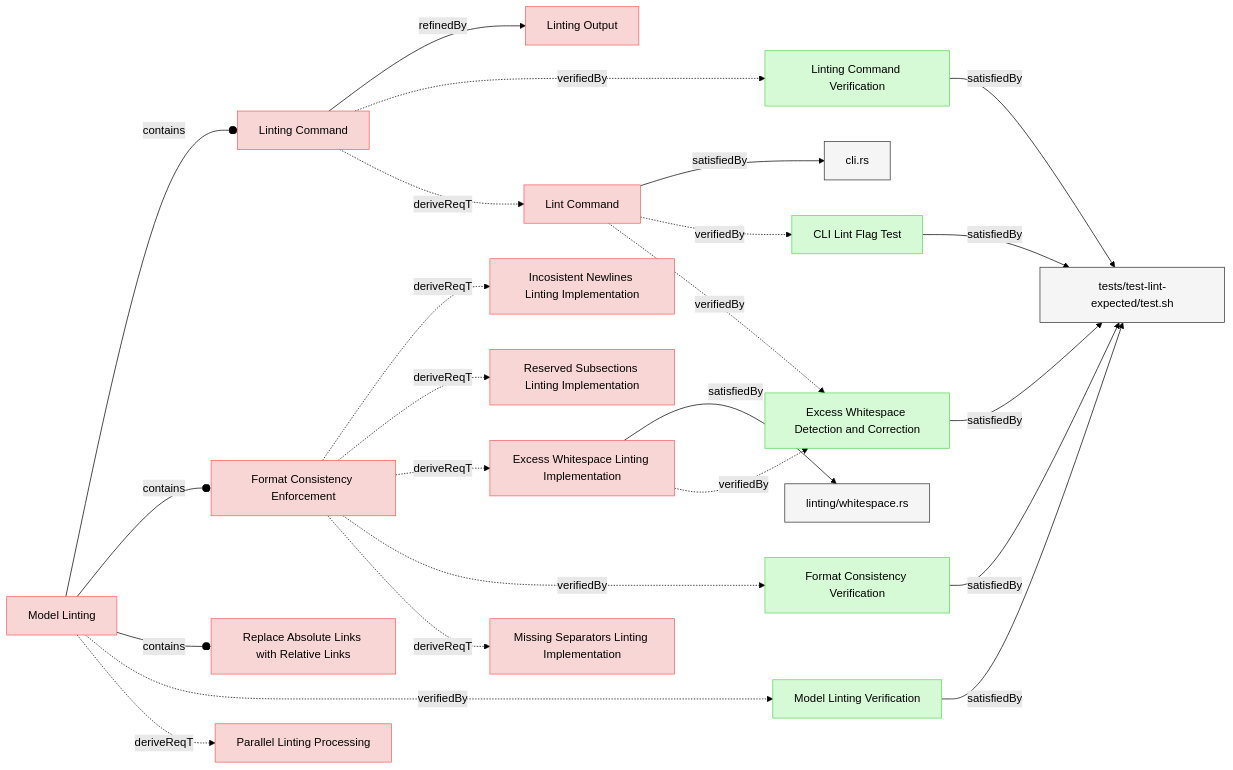
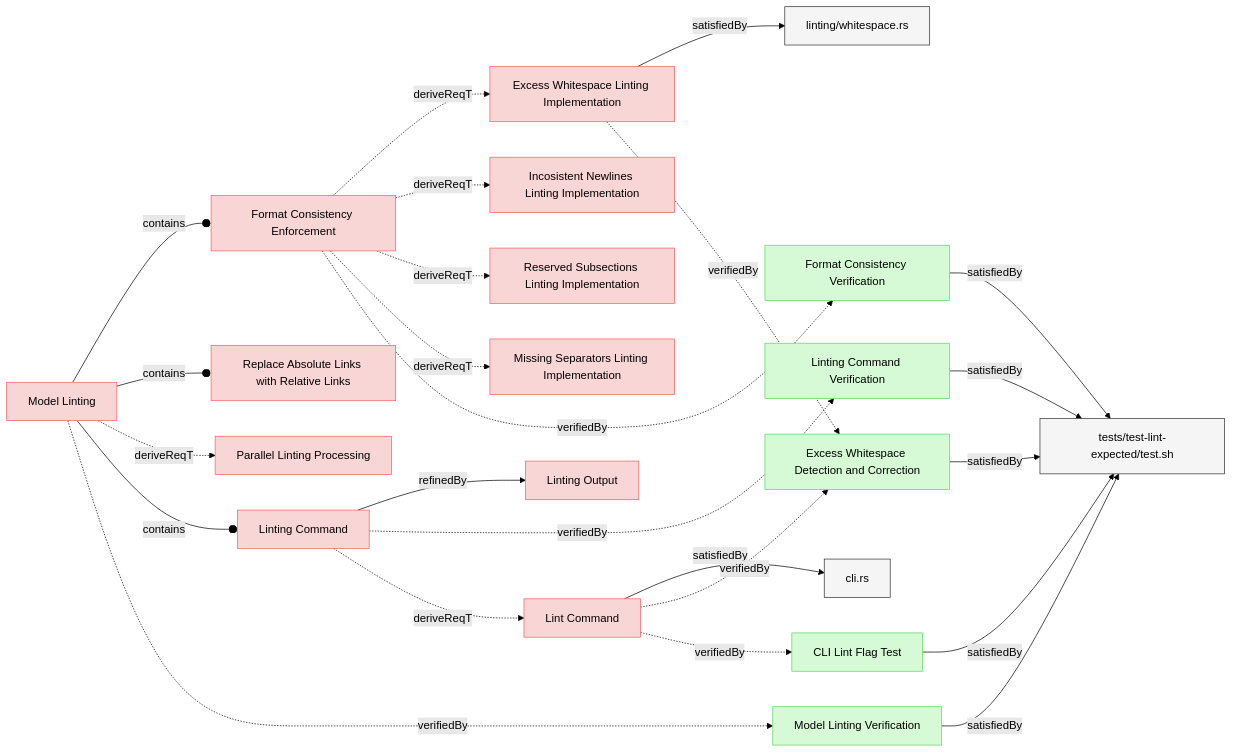
The first of 3 diagrams in specifications/Verifications/LintingTests.md (reqvire-org/reqvire), drawn with Mermaid (forest theme) before and after one commit. The commit also changed other lines of this file and 64 other files, not shown here.

````diff
--- a/specifications/Verifications/LintingTests.md
+++ b/specifications/Verifications/LintingTests.md
@@ -12,6 +12,34 @@
   classDef externalLink fill:#d0e0ff,stroke:#3080ff,stroke-width:1px;
   classDef default fill:#f5f5f5,stroke:#333333,stroke-width:1px;
 
+  a8037b2df81f02be["Linting Command Verification"];
+  class a8037b2df81f02be verification;
+  click a8037b2df81f02be "LintingTests.md#linting-command-verification";
+  a606311f33e42901["tests/test-lint-expected/test.sh"];
+  class a606311f33e42901 default;
+  click a606311f33e42901 "../../tests/test-lint-expected/test.sh";
+  a8037b2df81f02be -->|satisfiedBy| a606311f33e42901;
+  37dbb69e504fec9d["Excess Whitespace Detection and Correction"];
+  class 37dbb69e504fec9d verification;
+  click 37dbb69e504fec9d "LintingTests.md#excess-whitespace-detection-and-correction";
+  a606311f33e42901["tests/test-lint-expected/test.sh"];
+  class a606311f33e42901 default;
+  click a606311f33e42901 "../../tests/test-lint-expected/test.sh";
+  37dbb69e504fec9d -->|satisfiedBy| a606311f33e42901;
+  b8bfbd5ccf026b31["Format Consistency Verification"];
+  class b8bfbd5ccf026b31 verification;
+  click b8bfbd5ccf026b31 "LintingTests.md#format-consistency-verification";
+  a606311f33e42901["tests/test-lint-expected/test.sh"];
+  class a606311f33e42901 default;
+  click a606311f33e42901 "../../tests/test-lint-expected/test.sh";
+  b8bfbd5ccf026b31 -->|satisfiedBy| a606311f33e42901;
+  6481e4ca8c4d6920["Model Linting Verification"];
+  class 6481e4ca8c4d6920 verification;
+  click 6481e4ca8c4d6920 "LintingTests.md#model-linting-verification";
+  a606311f33e42901["tests/test-lint-expected/test.sh"];
+  class a606311f33e42901 default;
+  click a606311f33e42901 "../../tests/test-lint-expected/test.sh";
+  6481e4ca8c4d6920 -->|satisfiedBy| a606311f33e42901;
   706dca24b7cc1eb8["CLI Lint Flag Test"];
   class 706dca24b7cc1eb8 verification;
   click 706dca24b7cc1eb8 "LintingTests.md#cli-lint-flag-test";
@@ -19,34 +47,31 @@
   class a606311f33e42901 default;
   click a606311f33e42901 "../../tests/test-lint-expected/test.sh";
   706dca24b7cc1eb8 -->|satisfiedBy| a606311f33e42901;
-  a8037b2df81f02be["Linting Command Verification"];
-  class a8037b2df81f02be verification;
-  click a8037b2df81f02be "LintingTests.md#linting-command-verification";
-  a606311f33e42901["tests/test-lint-expected/test.sh"];
-  class a606311f33e42901 default;
-  click a606311f33e42901 "../../tests/test-lint-expected/test.sh";
-  a8037b2df81f02be -->|satisfiedBy| a606311f33e42901;
-  b8bfbd5ccf026b31["Format Consistency Verification"];
-  class b8bfbd5ccf026b31 verification;
-  click b8bfbd5ccf026b31 "LintingTests.md#format-consistency-verification";
-  a606311f33e42901["tests/test-lint-expected/test.sh"];
-  class a606311f33e42901 default;
-  click a606311f33e42901 "../../tests/test-lint-expected/test.sh";
-  b8bfbd5ccf026b31 -->|satisfiedBy| a606311f33e42901;
-  37dbb69e504fec9d["Excess Whitespace Detection and Correction"];
-  class 37dbb69e504fec9d verification;
-  click 37dbb69e504fec9d "LintingTests.md#excess-whitespace-detection-and-correction";
-  a606311f33e42901["tests/test-lint-expected/test.sh"];
-  class a606311f33e42901 default;
-  click a606311f33e42901 "../../tests/test-lint-expected/test.sh";
-  37dbb69e504fec9d -->|satisfiedBy| a606311f33e42901;
-  6481e4ca8c4d6920["Model Linting Verification"];
-  class 6481e4ca8c4d6920 verification;
-  click 6481e4ca8c4d6920 "LintingTests.md#model-linting-verification";
-  a606311f33e42901["tests/test-lint-expected/test.sh"];
-  class a606311f33e42901 default;
-  click a606311f33e42901 "../../tests/test-lint-expected/test.sh";
-  6481e4ca8c4d6920 -->|satisfiedBy| a606311f33e42901;
+  9f473f6e0b993cac["Excess Whitespace Linting Implementation"];
+  class 9f473f6e0b993cac requirement;
+  click 9f473f6e0b993cac "../SystemRequirements/Requirements.md#excess-whitespace-linting-implementation";
+  63a0f5a33e87fcee["linting/whitespace.rs"];
+  class 63a0f5a33e87fcee default;
+  click 63a0f5a33e87fcee "../../core/src/linting/whitespace.rs";
+  9f473f6e0b993cac -->|satisfiedBy| 63a0f5a33e87fcee;
+  9f473f6e0b993cac -.->|verifiedBy| 37dbb69e504fec9d;
+  974ccf933675ef44["Format Consistency Enforcement"];
+  class 974ccf933675ef44 requirement;
+  click 974ccf933675ef44 "../UserRequirements.md#format-consistency-enforcement";
+  974ccf933675ef44 -.->|deriveReqT| 9f473f6e0b993cac;
+  7d44a9de72f2ed11["Incosistent Newlines Linting Implementation"];
+  class 7d44a9de72f2ed11 requirement;
+  click 7d44a9de72f2ed11 "../SystemRequirements/Requirements.md#incosistent-newlines-linting-implementation";
+  974ccf933675ef44 -.->|deriveReqT| 7d44a9de72f2ed11;
+  a7bd845c64d1685e["Reserved Subsections Linting Implementation"];
+  class a7bd845c64d1685e requirement;
+  click a7bd845c64d1685e "../SystemRequirements/Requirements.md#reserved-subsections-linting-implementation";
+  974ccf933675ef44 -.->|deriveReqT| a7bd845c64d1685e;
+  719bf8b75772947d["Missing Separators Linting Implementation"];
+  class 719bf8b75772947d requirement;
+  click 719bf8b75772947d "../SystemRequirements/Requirements.md#missing-separators-linting-implementation";
+  974ccf933675ef44 -.->|deriveReqT| 719bf8b75772947d;
+  974ccf933675ef44 -.->|verifiedBy| b8bfbd5ccf026b31;
   a51179cda67cf9f2["Linting Command"];
   class a51179cda67cf9f2 requirement;
   click a51179cda67cf9f2 "../UserRequirements.md#linting-command";
@@ -59,49 +84,24 @@
   class deaec107945edbed requirement;
   click deaec107945edbed "../SystemRequirements/Requirements.md#lint-command";
   a51179cda67cf9f2 -.->|deriveReqT| deaec107945edbed;
-  974ccf933675ef44["Format Consistency Enforcement"];
-  class 974ccf933675ef44 requirement;
-  click 974ccf933675ef44 "../UserRequirements.md#format-consistency-enforcement";
-  7d44a9de72f2ed11["Incosistent Newlines Linting Implementation"];
-  class 7d44a9de72f2ed11 requirement;
-  click 7d44a9de72f2ed11 "../SystemRequirements/Requirements.md#incosistent-newlines-linting-implementation";
-  974ccf933675ef44 -.->|deriveReqT| 7d44a9de72f2ed11;
-  a7bd845c64d1685e["Reserved Subsections Linting Implementation"];
-  class a7bd845c64d1685e requirement;
-  click a7bd845c64d1685e "../SystemRequirements/Requirements.md#reserved-subsections-linting-implementation";
-  974ccf933675ef44 -.->|deriveReqT| a7bd845c64d1685e;
-  9f473f6e0b993cac["Excess Whitespace Linting Implementation"];
-  class 9f473f6e0b993cac requirement;
-  click 9f473f6e0b993cac "../SystemRequirements/Requirements.md#excess-whitespace-linting-implementation";
-  974ccf933675ef44 -.->|deriveReqT| 9f473f6e0b993cac;
-  974ccf933675ef44 -.->|verifiedBy| b8bfbd5ccf026b31;
-  719bf8b75772947d["Missing Separators Linting Implementation"];
-  class 719bf8b75772947d requirement;
-  click 719bf8b75772947d "../SystemRequirements/Requirements.md#missing-separators-linting-implementation";
-  974ccf933675ef44 -.->|deriveReqT| 719bf8b75772947d;
-  63a0f5a33e87fcee["linting/whitespace.rs"];
-  class 63a0f5a33e87fcee default;
-  click 63a0f5a33e87fcee "../../core/src/linting/whitespace.rs";
-  9f473f6e0b993cac -->|satisfiedBy| 63a0f5a33e87fcee;
-  9f473f6e0b993cac -.->|verifiedBy| 37dbb69e504fec9d;
-  80defdd4cbc7ee18["cli.rs"];
-  class 80defdd4cbc7ee18 default;
-  click 80defdd4cbc7ee18 "../../cli/src/cli.rs";
-  deaec107945edbed -->|satisfiedBy| 80defdd4cbc7ee18;
-  deaec107945edbed -.->|verifiedBy| 706dca24b7cc1eb8;
-  deaec107945edbed -.->|verifiedBy| 37dbb69e504fec9d;
   7305c1d6f7f1e2b2["Model Linting"];
   class 7305c1d6f7f1e2b2 requirement;
   click 7305c1d6f7f1e2b2 "../UserRequirements.md#model-linting";
-  7305c1d6f7f1e2b2 --o|contains| a51179cda67cf9f2;
   7305c1d6f7f1e2b2 --o|contains| 974ccf933675ef44;
   8dfe33c28555e80a["Replace Absolute Links with Relative Links"];
   class 8dfe33c28555e80a requirement;
   click 8dfe33c28555e80a "../UserRequirements.md#replace-absolute-links-with-relative-links";
   7305c1d6f7f1e2b2 --o|contains| 8dfe33c28555e80a;
-  7305c1d6f7f1e2b2 -.->|verifiedBy| 6481e4ca8c4d6920;
   47401bd64e231632["Parallel Linting Processing"];
   class 47401bd64e231632 requirement;
   click 47401bd64e231632 "../SystemRequirements/Requirements.md#parallel-linting-processing";
   7305c1d6f7f1e2b2 -.->|deriveReqT| 47401bd64e231632;
+  7305c1d6f7f1e2b2 --o|contains| a51179cda67cf9f2;
+  7305c1d6f7f1e2b2 -.->|verifiedBy| 6481e4ca8c4d6920;
+  80defdd4cbc7ee18["cli.rs"];
+  class 80defdd4cbc7ee18 default;
+  click 80defdd4cbc7ee18 "../../cli/src/cli.rs";
+  deaec107945edbed -->|satisfiedBy| 80defdd4cbc7ee18;
+  deaec107945edbed -.->|verifiedBy| 37dbb69e504fec9d;
+  deaec107945edbed -.->|verifiedBy| 706dca24b7cc1eb8;
 ```
````
